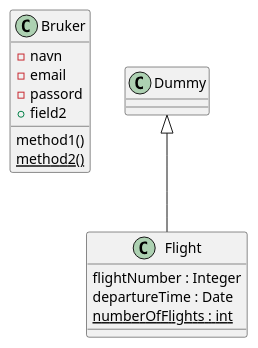
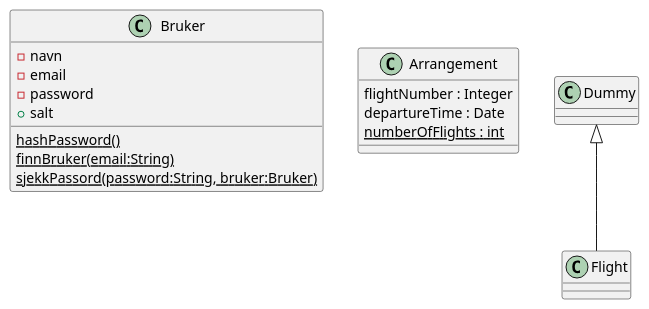
The diagram in diagrammer/UML/UML.puml (GossipDolphin/software_prosjekt_18), drawn with PlantUML before and after one commit. The commit also changed 1 other file, not shown here.

Commit message:
Klassediagram start

```diff
--- a/diagrammer/UML/UML.puml
+++ b/diagrammer/UML/UML.puml
@@ -2,20 +2,21 @@
 @startuml
 class Bruker {
  - navn
  - email
- - passord
- + field2
- method1()
- {static} method2()
+ - password
+ + salt
+ {static}hashPassword()
+ {static} finnBruker(email:String)
+ {static} sjekkPassord(password:String, bruker:Bruker)
 }
 
-class Flight {
+class Arrangement {
    flightNumber : Integer
    departureTime : Date
    {static} numberOfFlights : int
 }
 
 
 Dummy <|-- Flight
 
 @enduml
```
